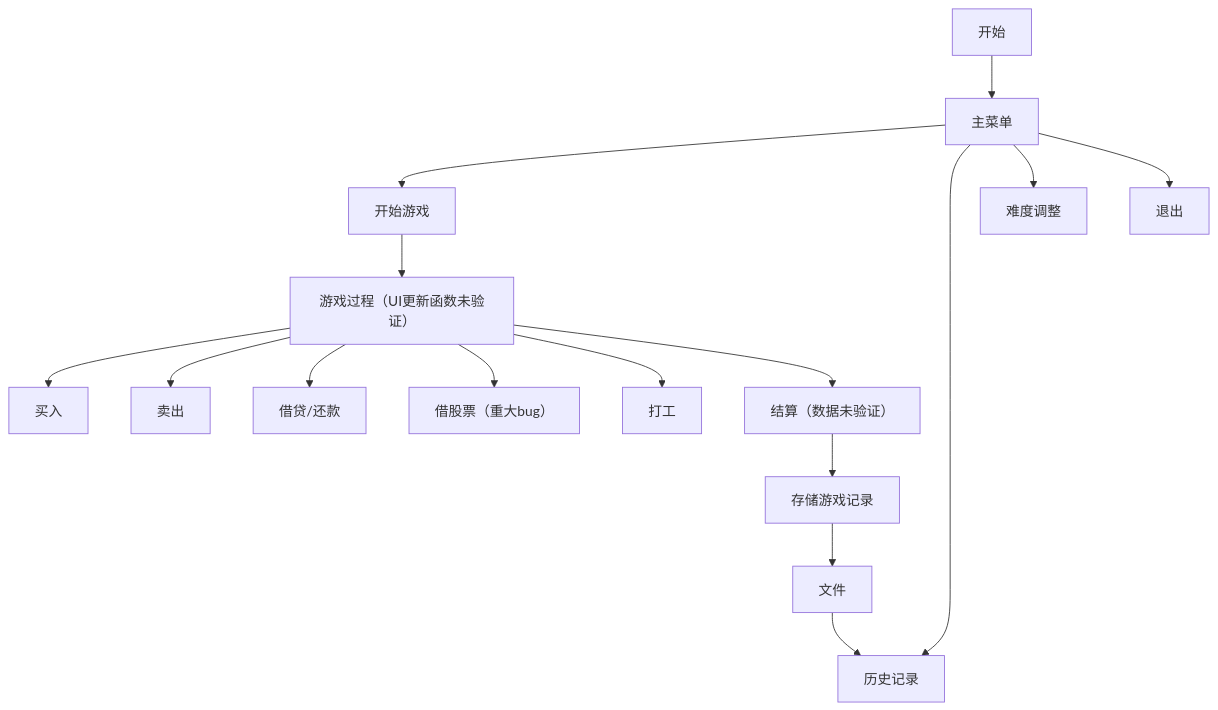
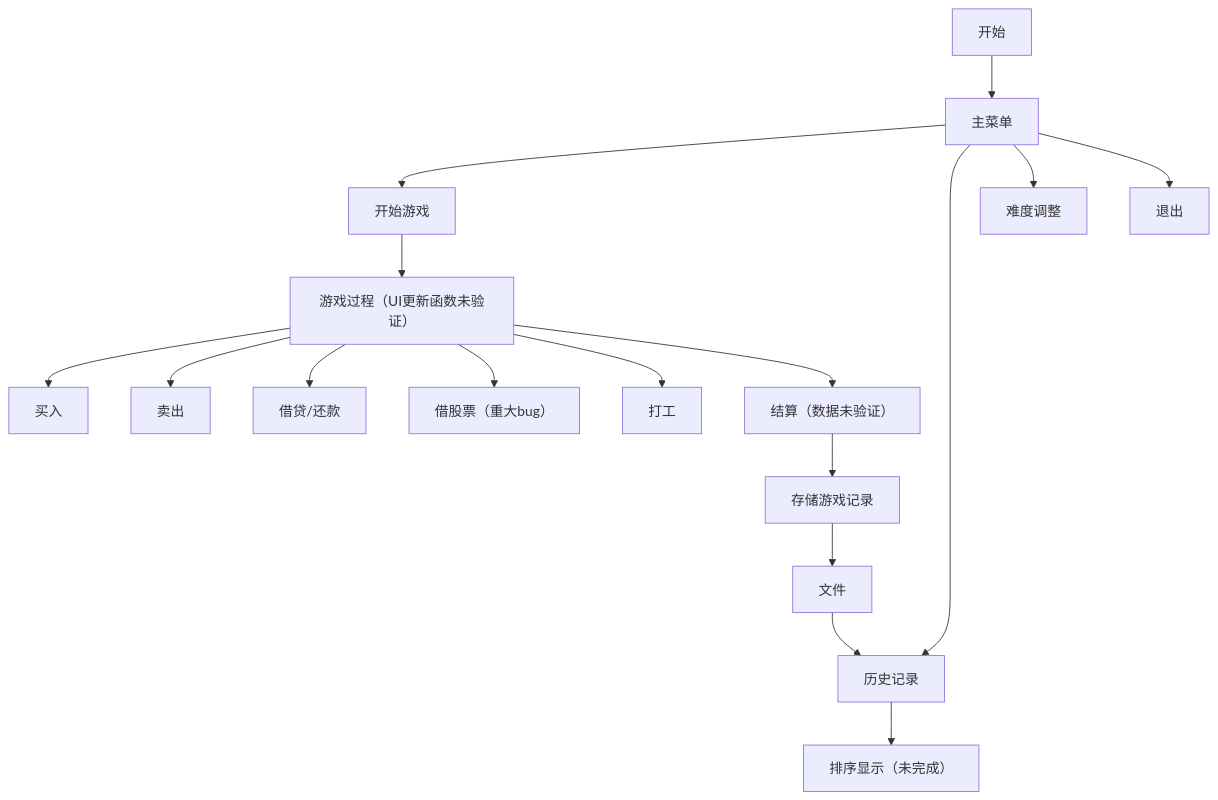
The diagram in 游戏程序结构.md (square-235/TradingSimulator), drawn with Mermaid before and after one commit. The commit also changed 1 other file, not shown here.

Commit message:
howtobuild

````diff
--- a/游戏程序结构.md
+++ b/游戏程序结构.md
@@ -3,14 +3,15 @@
 ```mermaid
 graph TD
     A[开始]--> B[主菜单]--> C[开始游戏]
     B-->D[历史记录]
     B-->E[难度调整]
     B-->F[退出]
     C-->G[游戏过程（UI更新函数未验证）]
     G-->H[买入]
     G-->I[卖出]
     G-->J[借贷/还款]
     G-->K[借股票（重大bug）]
     G-->L[打工]
     G-->M[结算（数据未验证）]-->N[存储游戏记录]-->O[文件]-->D
+    D-->P[排序显示（未完成）]
 ```
````
